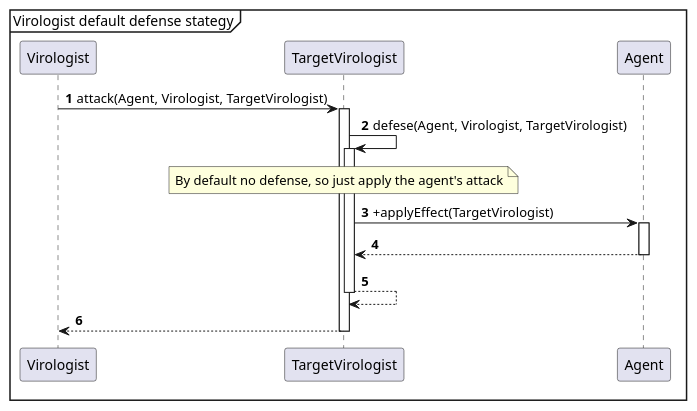
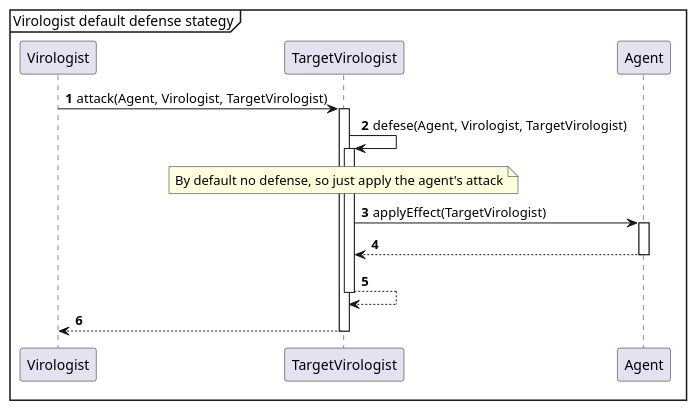
The diagram in sequence-diagram/defense/defenseDefault.puml (Projlab-csb/projlab-virologus), drawn with PlantUML before and after one commit. The commit also changed 9 other files, not shown here.

Commit message:
Create agents apply and remove sequence diagrams

```diff
--- a/sequence-diagram/defense/defenseDefault.puml
+++ b/sequence-diagram/defense/defenseDefault.puml
@@ -1,24 +1,24 @@
 @startuml
 'https://plantuml.com/sequence-diagram
 
 autonumber
 
 mainframe Virologist default defense stategy
 
 
 Virologist -> TargetVirologist++: attack(Agent, Virologist, TargetVirologist)
 
 TargetVirologist -> TargetVirologist++: defese(Agent, Virologist, TargetVirologist)
 
 
 note over TargetVirologist
     By default no defense, so just apply the agent's attack
 end note
 
-TargetVirologist -> Agent++: +applyEffect(TargetVirologist)
+TargetVirologist -> Agent++: applyEffect(TargetVirologist)
 Agent --> TargetVirologist--
 
 TargetVirologist --> TargetVirologist--
 
 TargetVirologist --> Virologist --
 @enduml
```
